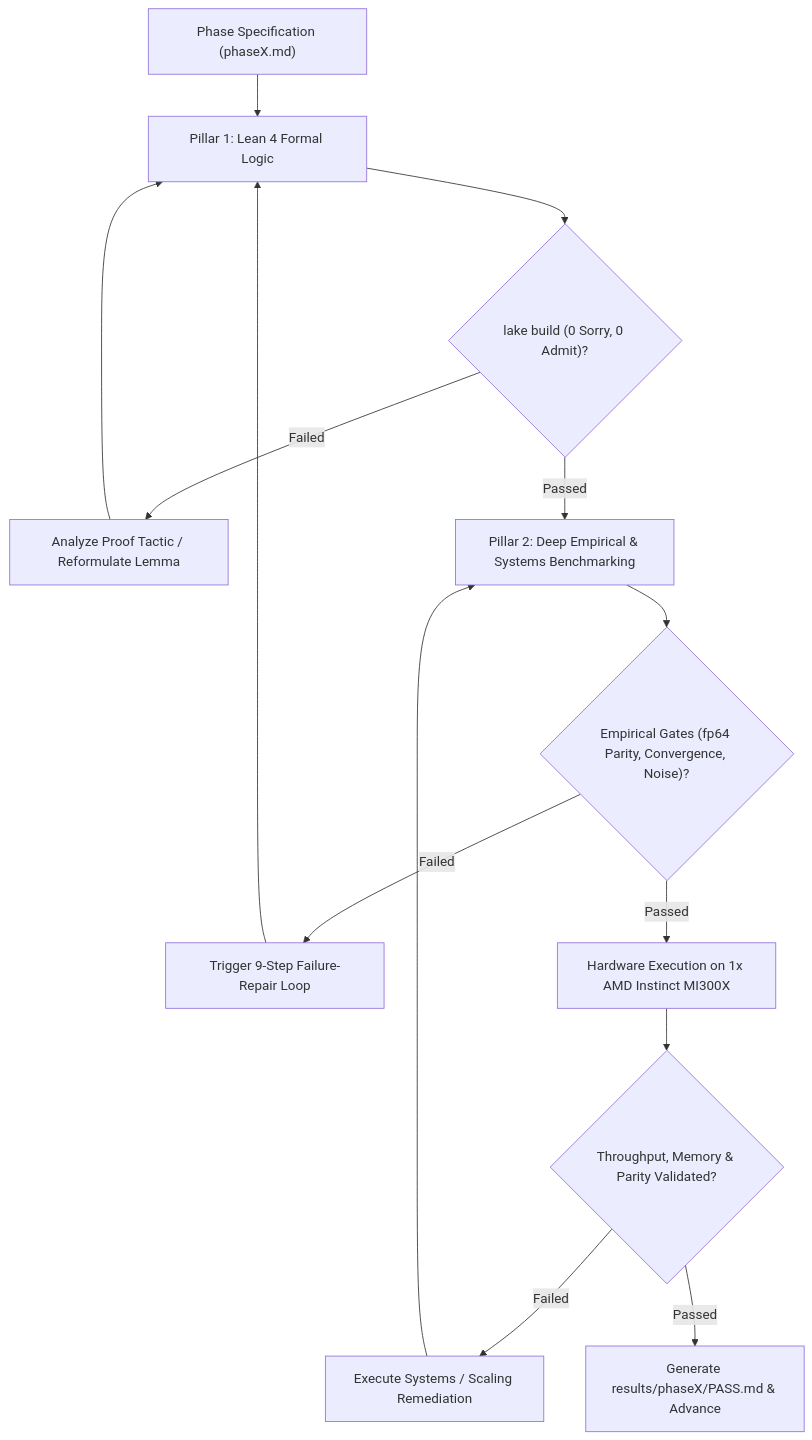
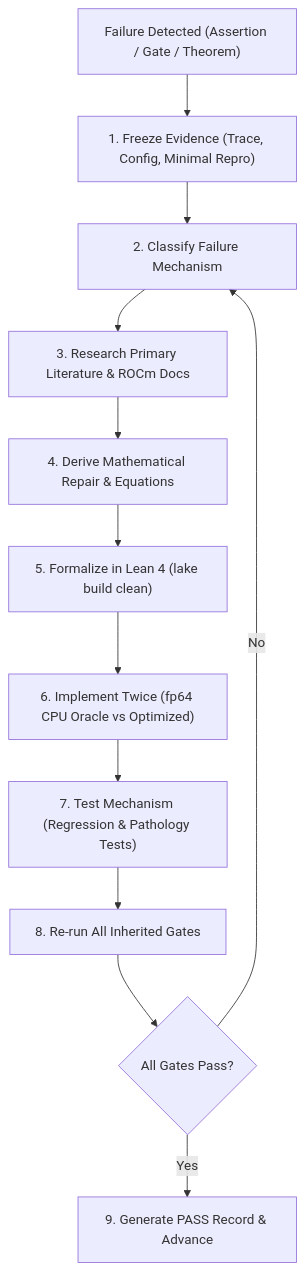
One commit to tasmaikeni13/algebraic-intelligence changed the diagram in phases/README.md. Above: the diagram before and after it, drawn with Mermaid. The commit also changed other lines of this file and 12 other files, not shown here.

Commit message:
refactor(phases): consolidate AUTONOMY_PROTOCOL into README.md, eliminate phase0, and clean references

````diff
--- a/phases/README.md
+++ b/phases/README.md
@@ -62,16 +76,14 @@
 ```mermaid
 graph TD
-    A["Phase Specification (phaseX.md)"] --> B["Pillar 1: Lean 4 Formal Logic"]
-    B --> C{"lake build (0 Sorry, 0 Admit)?"}
-    C -- "Failed" --> D["Analyze Proof Tactic / Reformulate Lemma"]
-    D --> B
-    C -- "Passed" --> E["Pillar 2: Deep Empirical & Systems Benchmarking"]
-    E --> F{"Empirical Gates (fp64 Parity, Convergence, Noise)?"}
-    F -- "Failed" --> G["Trigger 9-Step Failure-Repair Loop"]
-    G --> B
-    F -- "Passed" --> H["Hardware Execution on 1x AMD Instinct MI300X"]
-    H --> I{"Throughput, Memory & Parity Validated?"}
-    I -- "Failed" --> J["Execute Systems / Scaling Remediation"]
-    J --> E
-    I -- "Passed" --> K["Generate results/phaseX/PASS.md & Advance"]
+    A["Failure Detected (Assertion / Gate / Theorem)"] --> B["1. Freeze Evidence (Trace, Config, Minimal Repro)"]
+    B --> C["2. Classify Failure Mechanism"]
+    C --> D["3. Research Primary Literature & ROCm Docs"]
+    D --> E["4. Derive Mathematical Repair & Equations"]
+    E --> F["5. Formalize in Lean 4 (lake build clean)"]
+    F --> G["6. Implement Twice (fp64 CPU Oracle vs Optimized)"]
+    G --> H["7. Test Mechanism (Regression & Pathology Tests)"]
+    H --> I["8. Re-run All Inherited Gates"]
+    I --> J{"All Gates Pass?"}
+    J -- "No" --> C
+    J -- "Yes" --> K["9. Generate PASS Record & Advance"]
 ```
````
